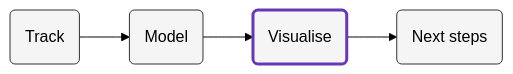
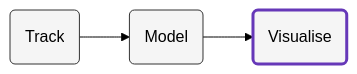
Before and after one commit to snowplow-incubator/consent-tracking-accelerator: the diagram in content/visualisation/_index.md, drawn with Mermaid (forest theme). The commit also changed other lines of this file and 2 other files, not shown here.

Commit message:
PR changes for mod and viz

```diff
--- a/content/visualisation/_index.md
+++ b/content/visualisation/_index.md
@@ -13,8 +13,8 @@
 {{<mermaid>}}
 flowchart LR
-id1(Track)-->id2(Model)-->id3(Visualise)-->id4(Next steps)
-style id1 fill:#f5f5f5,stroke:#333,stroke-width:1px
-style id2 fill:#f5f5f5,stroke:#333,stroke-width:1px
-style id3 fill:#f5f5f5,stroke:#6638B8,stroke-width:3px
-style id4 fill:#f5f5f5,stroke:#333,stroke-width:1px
+    id1(Track)-->id2(Model)-->id3(Visualise)
+    style id3 fill:#f5f5f5,stroke:#6638B8,stroke-width:3px
+    style id1 fill:#f5f5f5,stroke:#333,stroke-width:1px
+    style id2 fill:#f5f5f5,stroke:#333,stroke-width:1px
+
 {{</mermaid >}}
```
